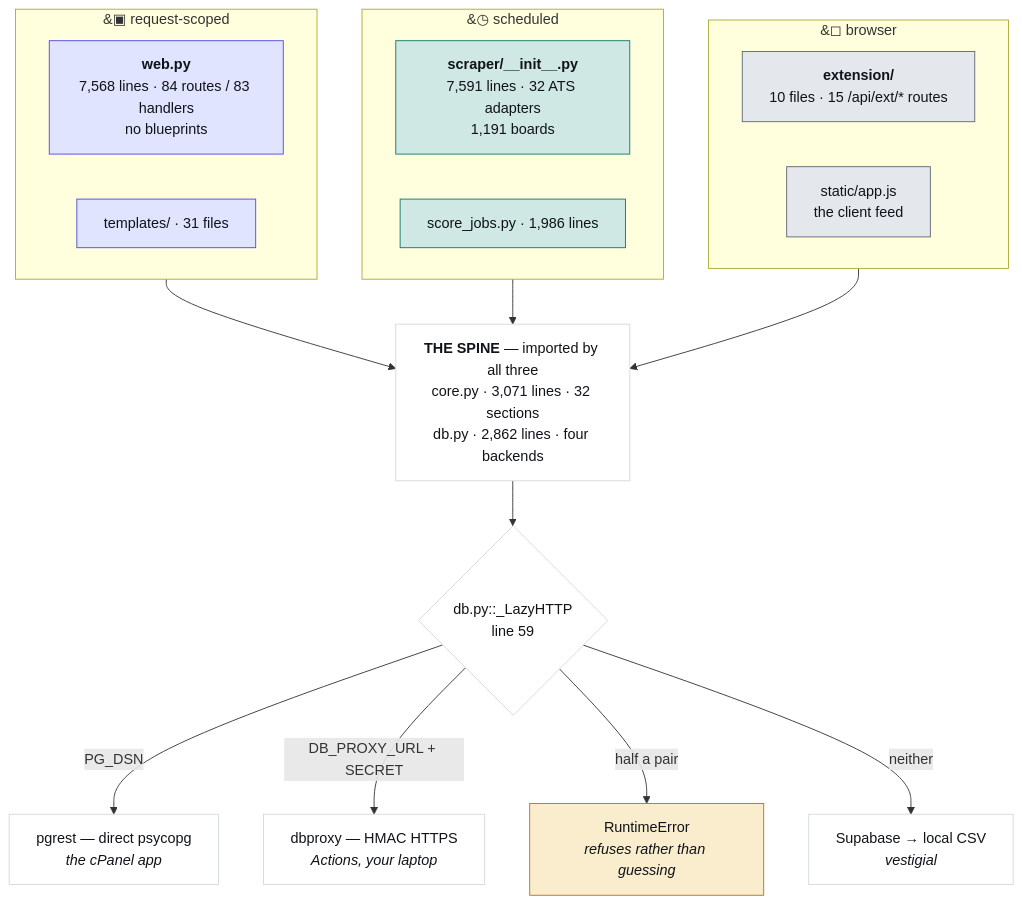
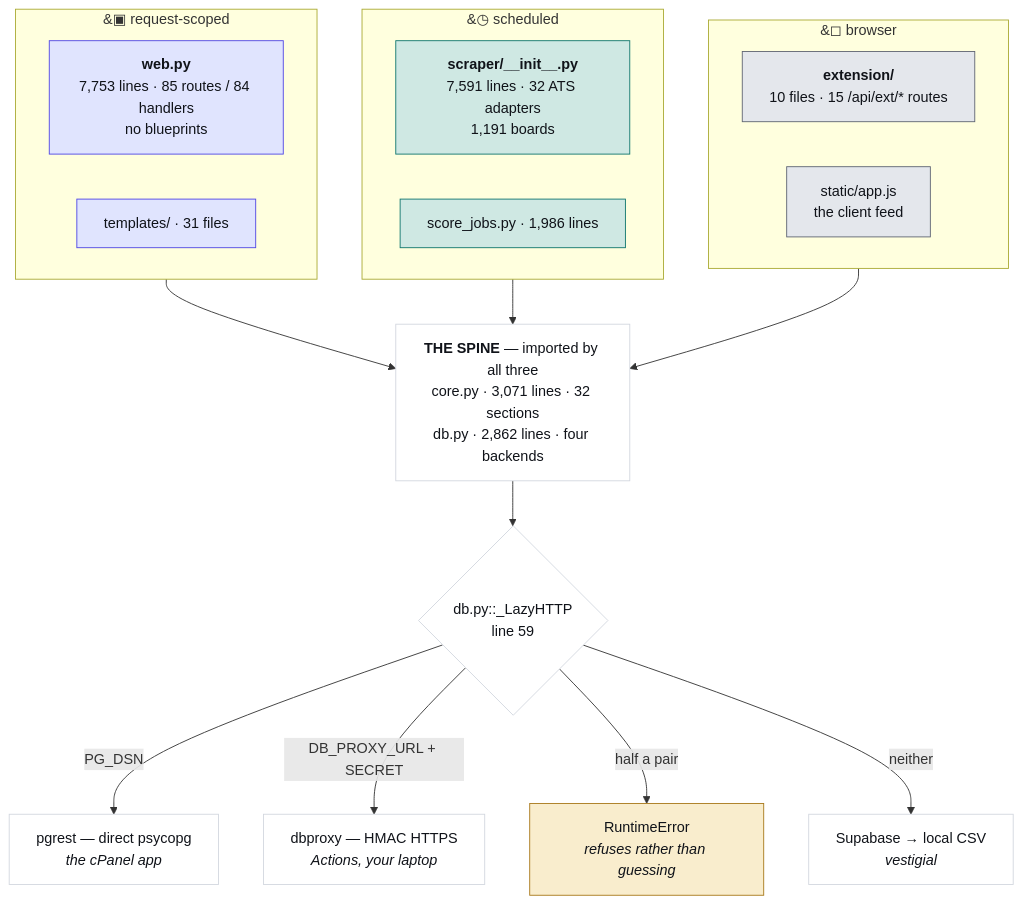
The first of 4 diagrams in JobMatch Scraper/docs/ARCHITECTURE.md (hadakunal909-debug/job-search-tool), drawn with Mermaid before and after one commit. The commit also changed 4 other files, not shown here.

````diff
--- a/JobMatch Scraper/docs/ARCHITECTURE.md
+++ b/JobMatch Scraper/docs/ARCHITECTURE.md
@@ -45,34 +45,34 @@
 ```mermaid
 flowchart TB
   subgraph REQ["&#9635; request-scoped"]
-    W["<b>web.py</b><br/>7,568 lines · 84 routes / 83 handlers<br/>no blueprints"]
+    W["<b>web.py</b><br/>7,753 lines · 85 routes / 84 handlers<br/>no blueprints"]
     T["templates/ · 31 files"]
   end
   subgraph SCH["&#9719; scheduled"]
     S["<b>scraper/__init__.py</b><br/>7,591 lines · 32 ATS adapters<br/>1,191 boards"]
     J["score_jobs.py · 1,986 lines"]
   end
   subgraph CLI["&#9723; browser"]
     E["<b>extension/</b><br/>10 files · 15 /api/ext/* routes"]
     A["static/app.js<br/>the client feed"]
   end
   SPINE["<b>THE SPINE</b> — imported by all three<br/>core.py · 3,071 lines · 32 sections<br/>db.py · 2,862 lines · four backends"]
   REQ --> SPINE
   SCH --> SPINE
   CLI --> SPINE
   SPINE --> D{"db.py::_LazyHTTP<br/>line 59"}
   D -->|"PG_DSN"| P["pgrest — direct psycopg<br/><i>the cPanel app</i>"]
   D -->|"DB_PROXY_URL + SECRET"| X["dbproxy — HMAC HTTPS<br/><i>Actions, your laptop</i>"]
   D -->|"half a pair"| R["RuntimeError<br/><i>refuses rather than guessing</i>"]
   D -->|"neither"| V["Supabase → local CSV<br/><i>vestigial</i>"]
   classDef web fill:#e0e4fe,stroke:#4f46e5,color:#101319
   classDef sched fill:#cfe8e3,stroke:#0f766e,color:#101319
   classDef client fill:#e4e7ec,stroke:#5f6573,color:#101319
   classDef trap fill:#f9edcd,stroke:#a8781a,color:#101319
   classDef plain fill:#ffffff,stroke:#d3d7df,color:#101319
   class W,T web
   class S,J sched
   class E,A client
   class R trap
   class SPINE,D,P,X,V plain
 ```
````
